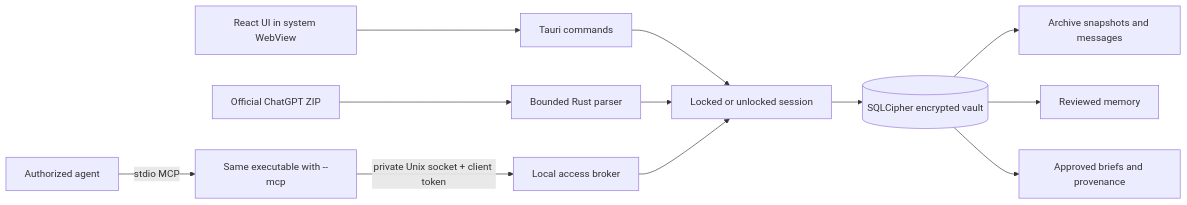
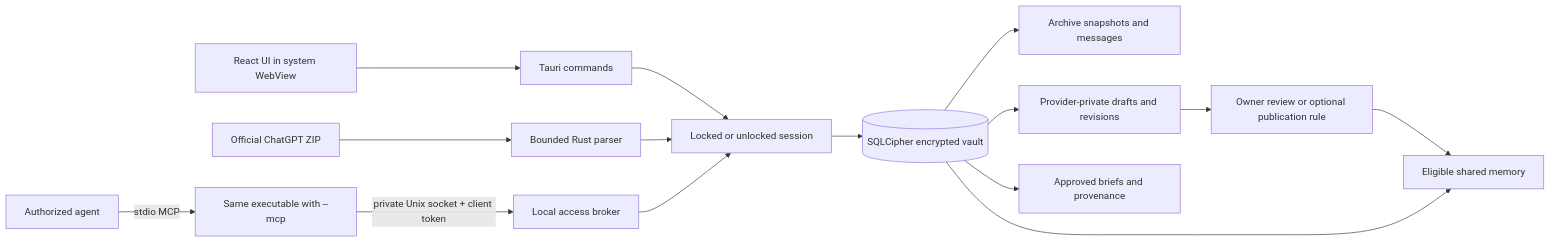
One commit to byLemonhaze/pre-drink changed the diagram in docs/ARCHITECTURE.md. Above: the diagram before and after it, drawn with Mermaid. The commit also changed other lines of this file and 43 other files, not shown here.

Commit message:
Add provider-isolated curation and controlled shared memory

````diff
--- a/docs/ARCHITECTURE.md
+++ b/docs/ARCHITECTURE.md
@@ -5,14 +5,17 @@
 ```mermaid
 flowchart LR
   ZIP[Official ChatGPT ZIP] --> Parser[Bounded Rust parser]
   UI[React UI in system WebView] --> IPC[Tauri commands]
   IPC --> Session[Locked or unlocked session]
   Parser --> Session
   Session --> DB[(SQLCipher encrypted vault)]
   Client[Authorized agent] -->|stdio MCP| Bridge[Same executable with --mcp]
   Bridge -->|private Unix socket + client token| Broker[Local access broker]
   Broker --> Session
   DB --> Archive[Archive snapshots and messages]
-  DB --> Memory[Reviewed memory]
+  DB --> Working[Provider-private drafts and revisions]
+  Working --> Policy[Owner review or optional publication rule]
+  Policy --> Memory[Eligible shared memory]
+  DB --> Memory
   DB --> Briefs[Approved briefs and provenance]
 ```
````
